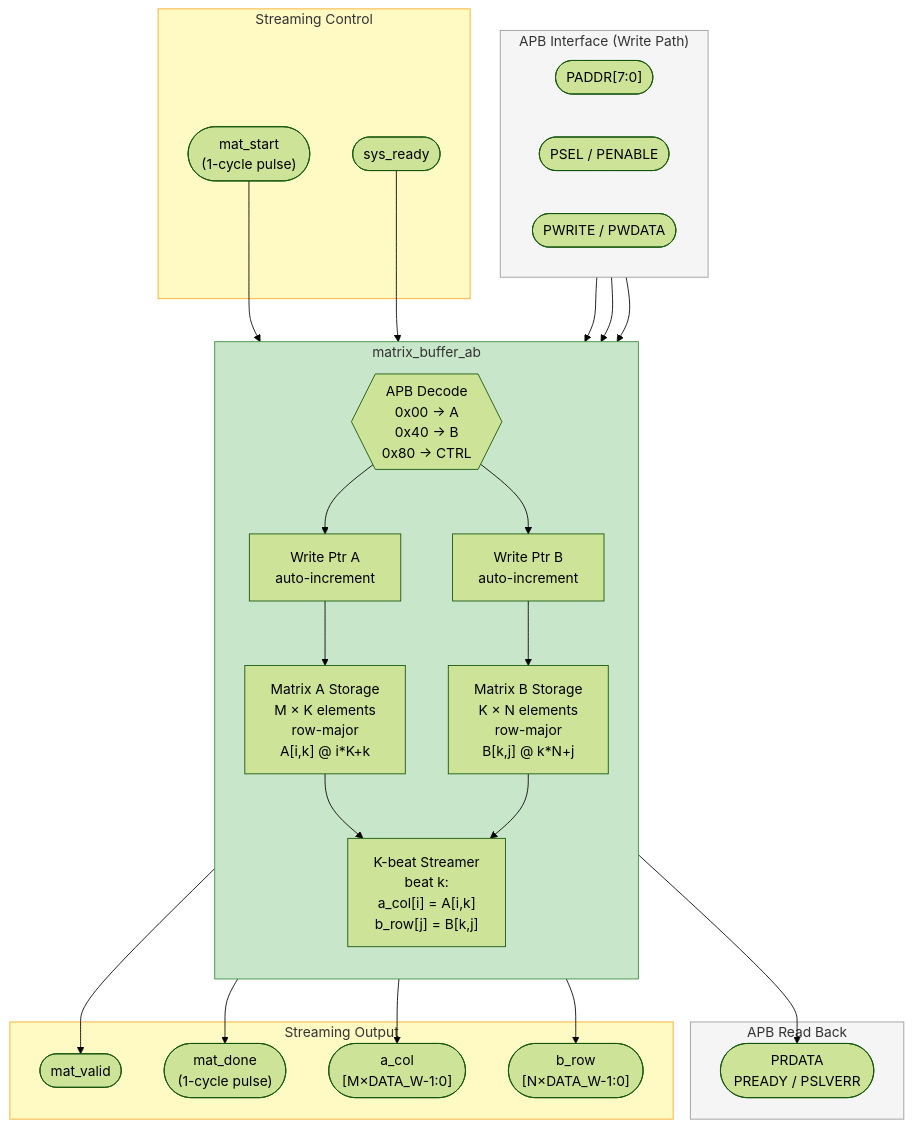
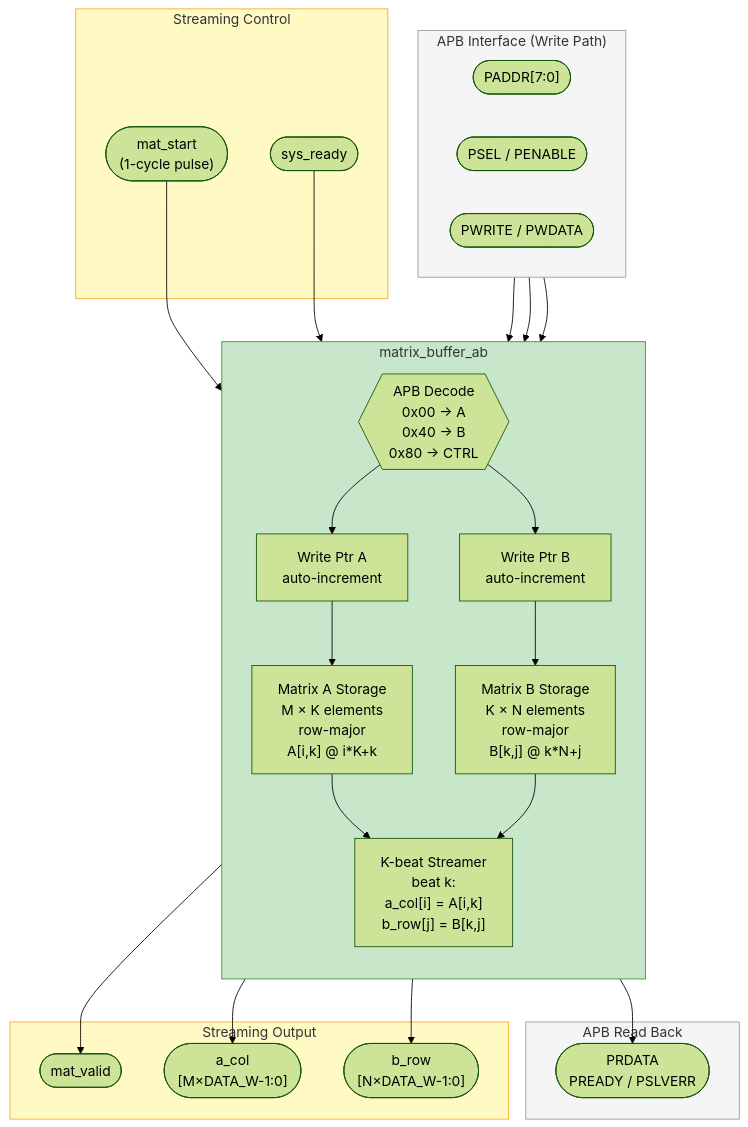
The diagram in docs/interface/matrix_buffer_a_b_if.md (lithegreat/systolic-array-AI-accelerator), drawn with Mermaid (forest theme) before and after one commit. The commit also changed other lines of this file and 4 other files, not shown here.

````diff
--- a/docs/interface/matrix_buffer_a_b_if.md
+++ b/docs/interface/matrix_buffer_a_b_if.md
@@ -23,57 +23,55 @@
 ```mermaid
 flowchart TB
    subgraph APB_IN["APB Interface (Write Path)"]
       direction LR
       paddr(["PADDR[7:0]"])
       psel(["PSEL / PENABLE"])
       pwrite(["PWRITE / PWDATA"])
    end
 
    subgraph MAB["matrix_buffer_ab"]
       direction TB
       decode_apb{{"APB Decode\n0x00 → A\n0x40 → B\n0x80 → CTRL"}}
       mem_a["Matrix A Storage\nM × K elements\nrow-major\nA[i,k] @ i*K+k"]
       mem_b["Matrix B Storage\nK × N elements\nrow-major\nB[k,j] @ k*N+j"]
       wp_a["Write Ptr A\nauto-increment"]
       wp_b["Write Ptr B\nauto-increment"]
       streamer["K-beat Streamer\nbeat k:\na_col[i] = A[i,k]\nb_row[j] = B[k,j]"]
 
       decode_apb --> wp_a --> mem_a --> streamer
       decode_apb --> wp_b --> mem_b --> streamer
    end
 
    subgraph APB_OUT["APB Read Back"]
       prdata_o(["PRDATA\nPREADY / PSLVERR"])
    end
 
    subgraph STREAM_IN["Streaming Control"]
       mat_start_i(["mat_start\n(1-cycle pulse)"])
       sys_ready_i(["sys_ready"])
    end
 
    subgraph STREAM_OUT["Streaming Output"]
       mat_valid_o(["mat_valid"])
-      mat_done_o(["mat_done\n(1-cycle pulse)"])
       acol_o(["a_col\n[M×DATA_W-1:0]"])
       brow_o(["b_row\n[N×DATA_W-1:0]"])
    end
 
    paddr --> decode_apb
    psel --> decode_apb
    pwrite --> decode_apb
    decode_apb --> prdata_o
 
    mat_start_i --> streamer
    sys_ready_i --> streamer
 
    streamer --> mat_valid_o
-   streamer --> mat_done_o
    streamer --> acol_o
    streamer --> brow_o
 
    style MAB fill:#c8e6c9,stroke:#388e3c
    style APB_IN fill:#f5f5f5,stroke:#999
    style APB_OUT fill:#f5f5f5,stroke:#999
    style STREAM_IN fill:#fff9c4,stroke:#f9a825
    style STREAM_OUT fill:#fff9c4,stroke:#f9a825
 ```
````
